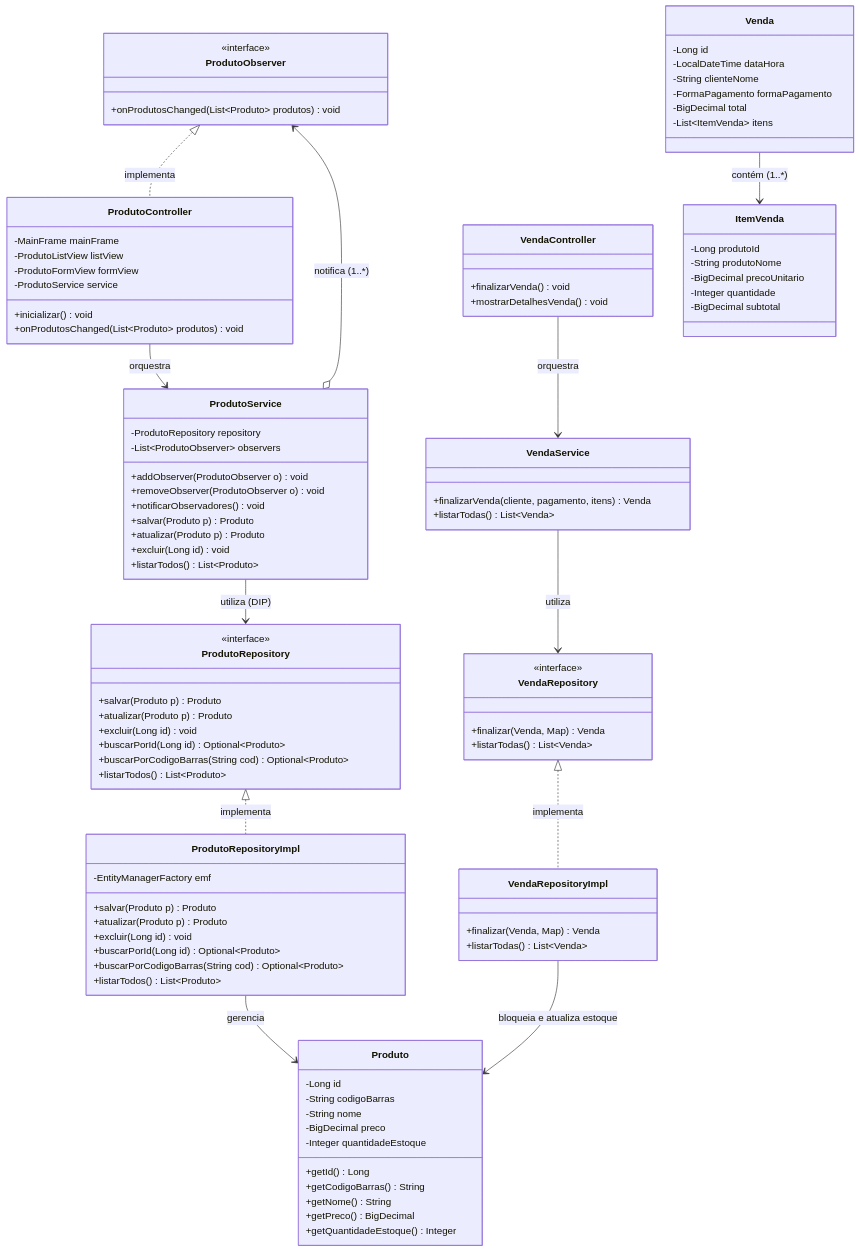
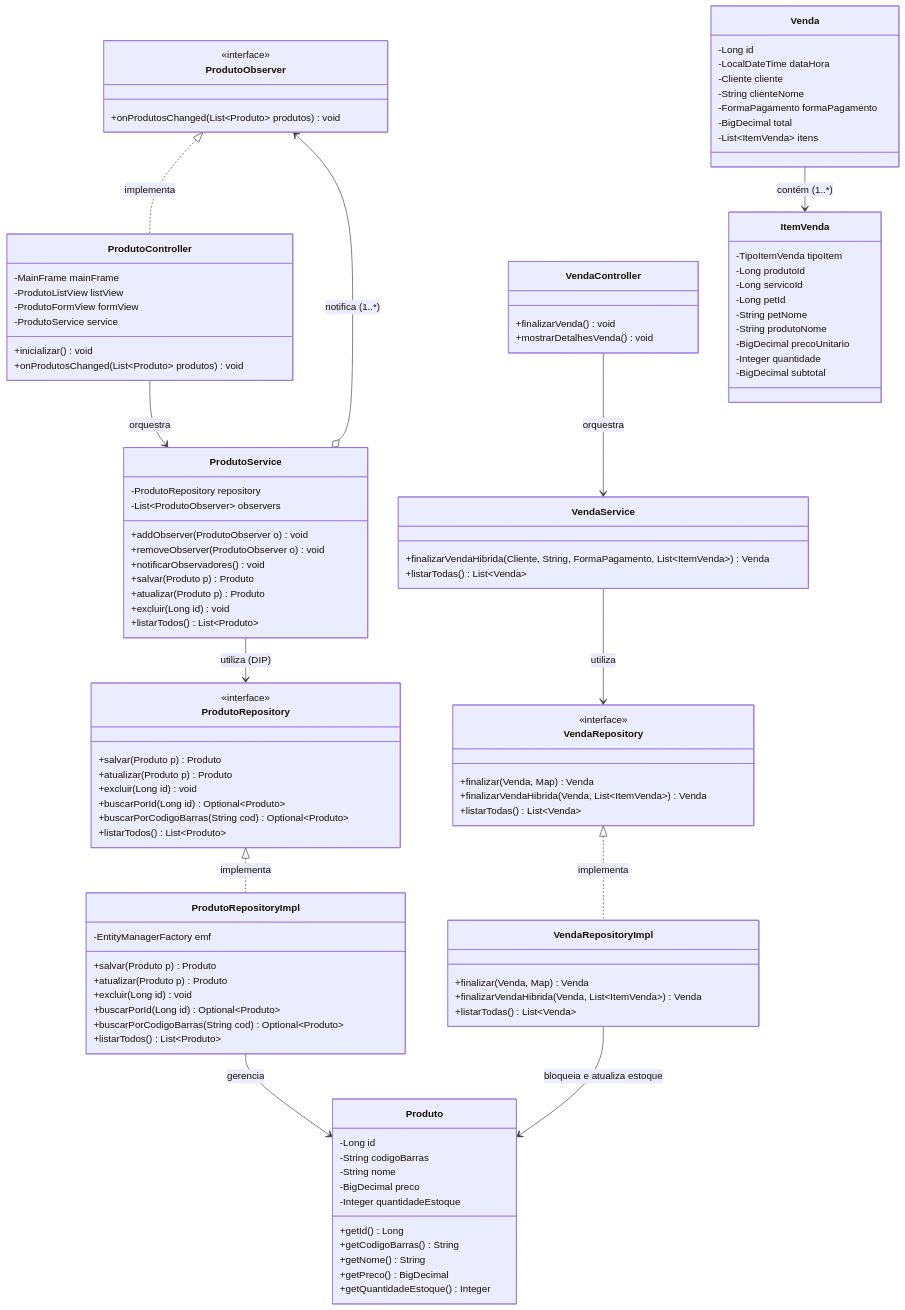
One commit to ViniciuspSouza23/PDV-projeto-final-Backend changed the fourth of 6 diagrams in README.md. Above: the diagram before and after it, drawn with Mermaid. The commit also changed other lines of this file and 9 other files, not shown here.

```diff
--- a/README.md
+++ b/README.md
@@ -275,6 +365,7 @@
     class Venda {
         -Long id
         -LocalDateTime dataHora
+        -Cliente cliente
         -String clienteNome
         -FormaPagamento formaPagamento
         -BigDecimal total
@@ -282,7 +373,11 @@
     }
 
     class ItemVenda {
+        -TipoItemVenda tipoItem
         -Long produtoId
+        -Long servicoId
+        -Long petId
+        -String petNome
         -String produtoNome
         -BigDecimal precoUnitario
         -Integer quantidade
@@ -290,7 +385,7 @@
     }
 
     class VendaService {
-        +finalizarVenda(cliente, pagamento, itens) Venda
+        +finalizarVendaHibrida(Cliente, String, FormaPagamento, List~ItemVenda~) Venda
         +listarTodas() List~Venda~
     }
 
@@ -302,11 +397,13 @@
     class VendaRepository {
         <<interface>>
         +finalizar(Venda, Map) Venda
+        +finalizarVendaHibrida(Venda, List~ItemVenda~) Venda
         +listarTodas() List~Venda~
     }
 
     class VendaRepositoryImpl {
         +finalizar(Venda, Map) Venda
+        +finalizarVendaHibrida(Venda, List~ItemVenda~) Venda
         +listarTodas() List~Venda~
     }
 
```
